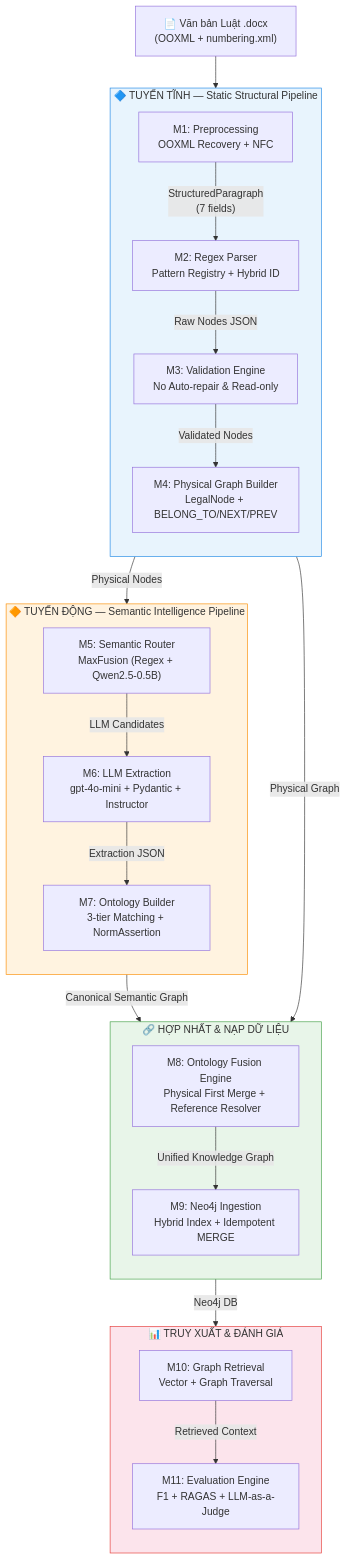
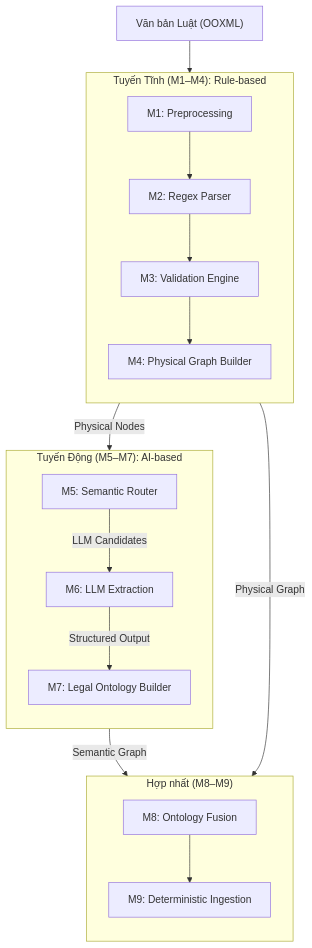
The diagram in reports/chuong_3_phuong_phap_nghien_cuu.md (luuthanhlam04-cloud/hybrid-parser-nckh), drawn with Mermaid before and after one commit. The commit also changed other lines of this file, not shown here.

Commit message:
Bổ sung tài liệu nghiên cứu chương 3

````diff
--- a/reports/chuong_3_phuong_phap_nghien_cuu.md
+++ b/reports/chuong_3_phuong_phap_nghien_cuu.md
@@ -48,49 +70,36 @@
 ```mermaid
 flowchart TD
-    INPUT["📄 Văn bản Luật .docx<br/>(OOXML + numbering.xml)"]
+    INPUT["Văn bản Luật (OOXML)"]
 
-    subgraph STATIC["🔷 TUYẾN TĨNH — Static Structural Pipeline"]
+    subgraph STATIC["Tuyến Tĩnh (M1–M4): Rule-based"]
         direction TB
-        M1["M1: Preprocessing<br/>OOXML Recovery + NFC"]
-        M2["M2: Regex Parser<br/>Pattern Registry + Hybrid ID"]
-        M3["M3: Validation Engine<br/>No Auto-repair & Read-only"]
-        M4["M4: Physical Graph Builder<br/>LegalNode + BELONG_TO/NEXT/PREV"]
+        M1["M1: Preprocessing"]
+        M2["M2: Regex Parser"]
+        M3["M3: Validation Engine"]
+        M4["M4: Physical Graph Builder"]
     end
 
-    subgraph DYNAMIC["🔶 TUYẾN ĐỘNG — Semantic Intelligence Pipeline"]
+    subgraph DYNAMIC["Tuyến Động (M5–M7): AI-based"]
         direction TB
-        M5["M5: Semantic Router<br/>MaxFusion (Regex + Qwen2.5-0.5B)"]
-        M6["M6: LLM Extraction<br/>gpt-4o-mini + Pydantic + Instructor"]
-        M7["M7: Ontology Builder<br/>3-tier Matching + NormAssertion"]
+        M5["M5: Semantic Router"]
+        M6["M6: LLM Extraction"]
+        M7["M7: Legal Ontology Builder"]
     end
 
-    subgraph FUSION["🔗 HỢP NHẤT & NẠP DỮ LIỆU"]
+    subgraph FUSION["Hợp nhất (M8–M9)"]
         direction TB
-        M8["M8: Ontology Fusion Engine<br/>Physical First Merge + Reference Resolver"]
-        M9["M9: Neo4j Ingestion<br/>Hybrid Index + Idempotent MERGE"]
-    end
-
-    subgraph EVAL["📊 TRUY XUẤT & ĐÁNH GIÁ"]
-        direction TB
-        M10["M10: Graph Retrieval<br/>Vector + Graph Traversal"]
-        M11["M11: Evaluation Engine<br/>F1 + RAGAS + LLM-as-a-Judge"]
+        M8["M8: Ontology Fusion"]
+        M9["M9: Deterministic Ingestion"]
     end
 
     INPUT --> M1
-    M1 -->|"StructuredParagraph<br/>(7 fields)"| M2
-    M2 -->|"Raw Nodes JSON"| M3
-    M3 -->|"Validated Nodes"| M4
+    M1 --> M2
+    M2 --> M3
+    M3 --> M4
     M4 -->|"Physical Graph"| M8
     M4 -->|"Physical Nodes"| M5
     M5 -->|"LLM Candidates"| M6
-    M6 -->|"Extraction JSON"| M7
-    M7 -->|"Canonical Semantic Graph"| M8
-    M8 -->|"Unified Knowledge Graph"| M9
-    M9 -->|"Neo4j DB"| M10
-    M10 -->|"Retrieved Context"| M11
-
-    style STATIC fill:#e8f4fd,stroke:#1e88e5
-    style DYNAMIC fill:#fff3e0,stroke:#fb8c00
-    style FUSION fill:#e8f5e9,stroke:#43a047
-    style EVAL fill:#fce4ec,stroke:#e53935
+    M6 -->|"Structured Output"| M7
+    M7 -->|"Semantic Graph"| M8
+    M8 --> M9
 ```
````
